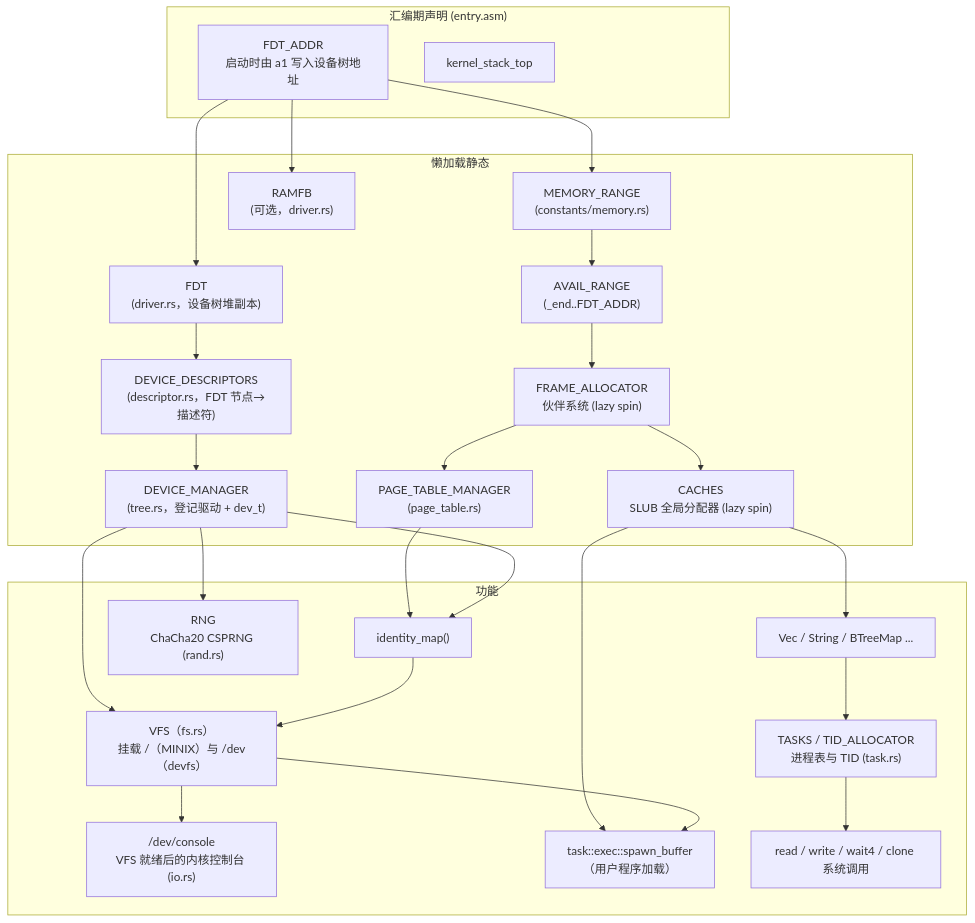
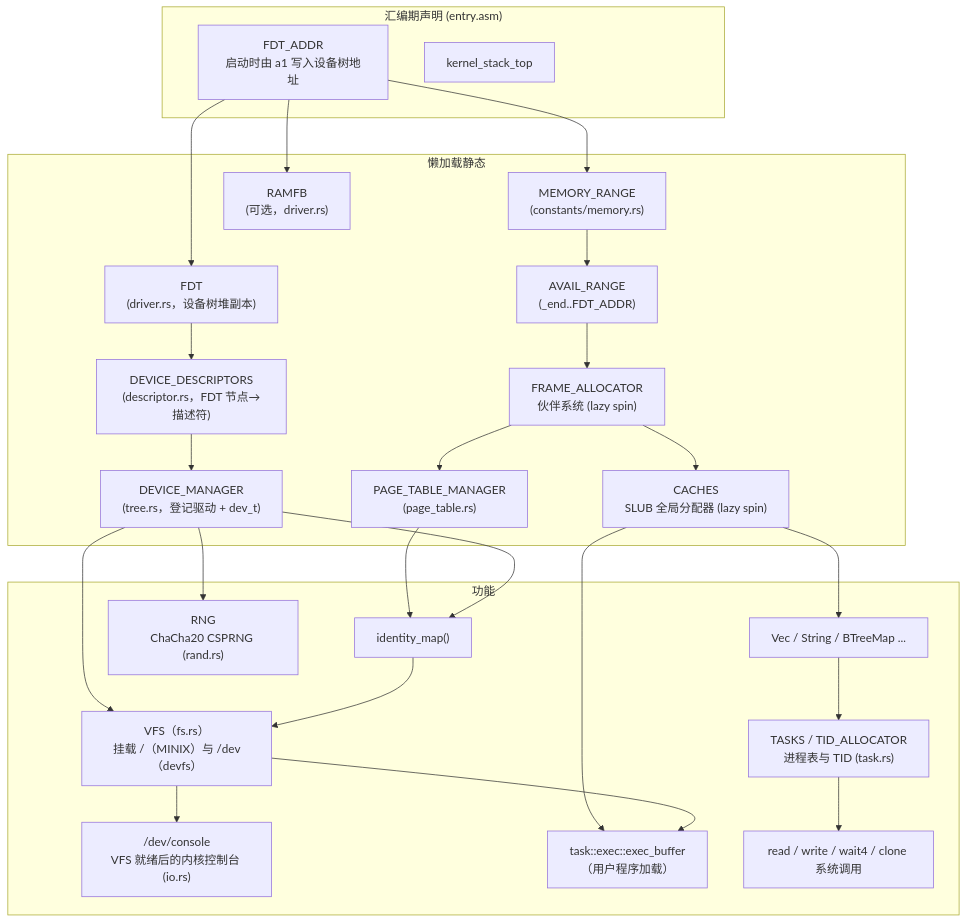
Before and after one commit to NetSalmon/athera: the diagram in README.md, drawn with Mermaid. The commit also changed other lines of this file and 26 other files, not shown here.

````diff
--- a/README.md
+++ b/README.md
@@ -279,33 +281,33 @@
 ```mermaid
 graph TD
     subgraph 汇编期声明["汇编期声明 (entry.asm)"]
         fdt_addr["FDT_ADDR<br/>启动时由 a1 写入设备树地址"]
         kernel_stack["kernel_stack_top"]
     end
 
     subgraph 懒加载静态
         fdt_addr --> memory_range["MEMORY_RANGE<br/>(constants/memory.rs)"]
         fdt_addr --> fdt["FDT<br/>(driver.rs，设备树堆副本)"]
         fdt --> dev_desc["DEVICE_DESCRIPTORS<br/>(descriptor.rs，FDT 节点→描述符)"]
         dev_desc --> dev_mgr["DEVICE_MANAGER<br/>(tree.rs，登记驱动 + dev_t)"]
         memory_range --> avail_range["AVAIL_RANGE<br/>(_end..FDT_ADDR)"]
         avail_range --> frame_allocator["FRAME_ALLOCATOR<br/>伙伴系统 (lazy spin)"]
         frame_allocator --> page_table_mgr["PAGE_TABLE_MANAGER<br/>(page_table.rs)"]
         frame_allocator --> caches["CACHES<br/>SLUB 全局分配器 (lazy spin)"]
         fdt_addr --> ramfb["RAMFB<br/>(可选，driver.rs)"]
     end
 
     subgraph 功能
         caches --> alloc_structs["Vec / String / BTreeMap ..."]
         alloc_structs --> tasks["TASKS / TID_ALLOCATOR<br/>进程表与 TID (task.rs)"]
         dev_mgr --> vfs["VFS（fs.rs）<br/>挂载 /（MINIX）与 /dev（devfs）"]
         vfs --> console["/dev/console<br/>VFS 就绪后的内核控制台 (io.rs)"]
         dev_mgr --> rng["RNG<br/>ChaCha20 CSPRNG (rand.rs)"]
         page_table_mgr --> identity_map["identity_map()"]
         dev_mgr --> identity_map
         identity_map --> vfs
-        caches --> exec["task::exec::spawn_buffer<br/>（用户程序加载）"]
+        caches --> exec["task::exec::exec_buffer<br/>（用户程序加载）"]
         vfs --> exec
         tasks --> syscall["read / write / wait4 / clone 系统调用"]
     end
 ```
````
